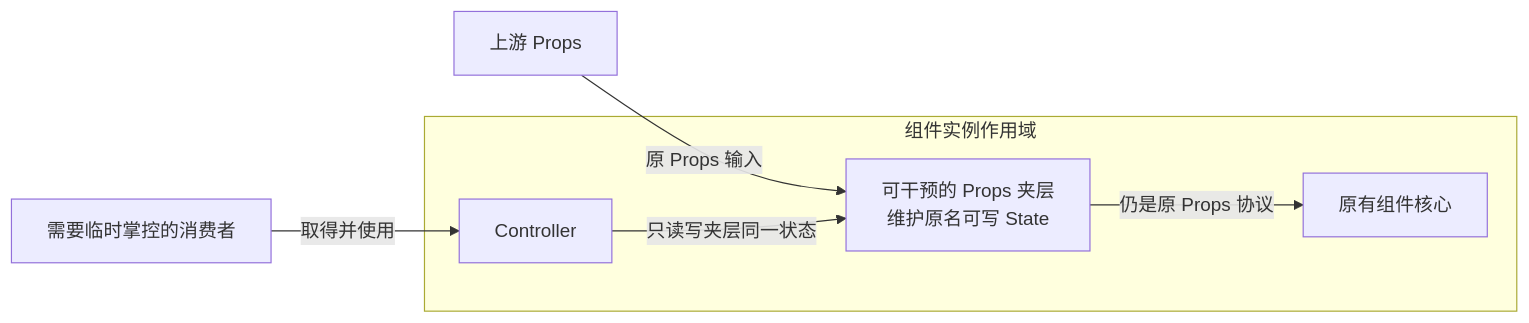
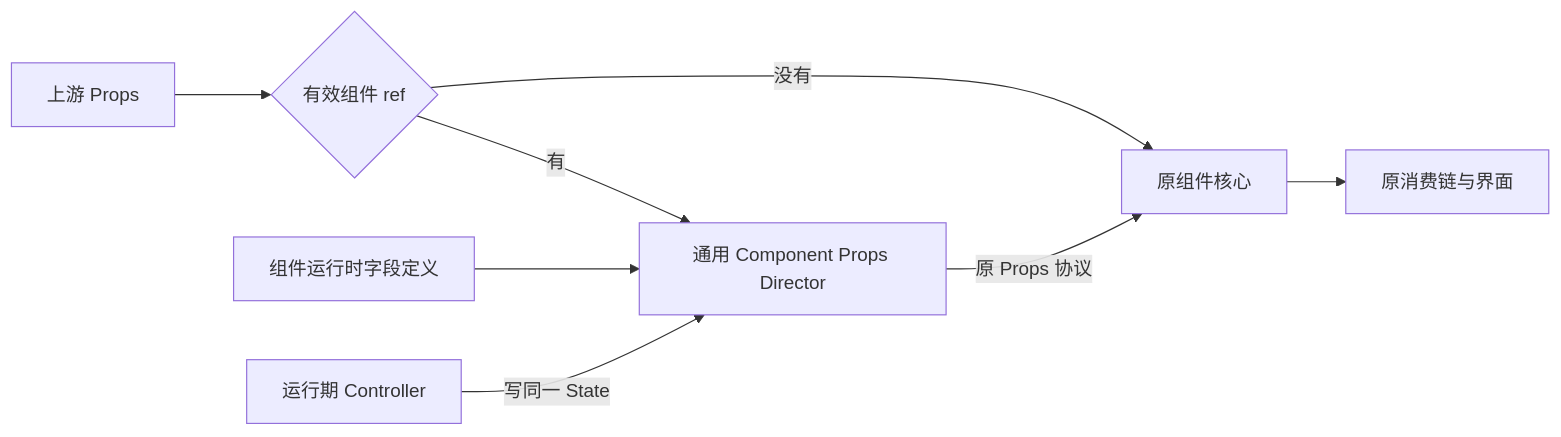
The diagram in docs/guide/组件Props与Controller状态.md (edsolater/uikit), drawn with Mermaid before and after one commit. The commit also changed other lines of this file and 16 other files, not shown here.

Commit message:
✨ componentPropsDirector 层

````diff
--- a/docs/guide/组件Props与Controller状态.md
+++ b/docs/guide/组件Props与Controller状态.md
@@ -13,14 +9,10 @@
 ```mermaid
 flowchart LR
-  P[上游 Props]
-  U[需要临时掌控的消费者]
-  subgraph INSTANCE[组件实例作用域]
-    M[可干预的 Props 夹层\n维护原名可写 State]
-    C[Controller]
-    K[原有组件核心]
-  end
-  P -->|原 Props 输入| M
-  U -->|取得并使用| C
-  C -->|只读写夹层同一状态| M
-  M -->|仍是原 Props 协议| K
+  P[上游 Props] --> G{有效组件 ref}
+  G -->|没有| K[原组件核心]
+  G -->|有| H[通用 Component Props Director]
+  F[组件运行时字段定义] --> H
+  C[运行期 Controller] -->|写同一 State| H
+  H -->|原 Props 协议| K
+  K --> D[原消费链与界面]
 ```
````
